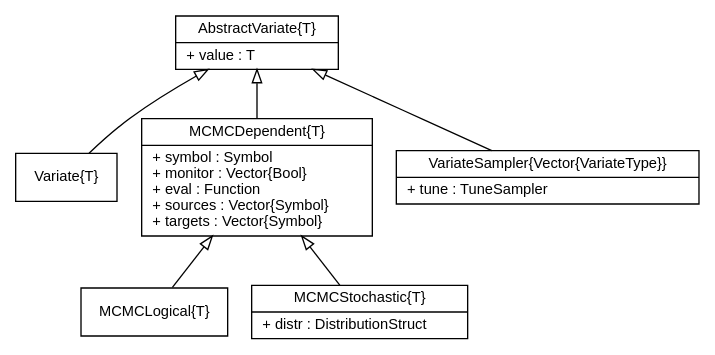
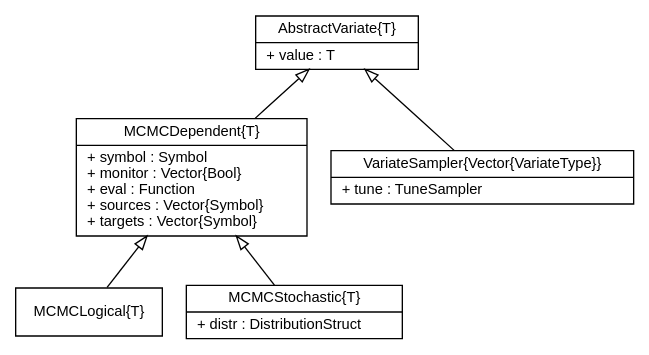
Before and after one commit to brian-j-smith/Mamba.jl: the diagram in doc/images/variateUML.dot, drawn with Graphviz. The commit also changed 3 other files, not shown here.

```diff
--- a/doc/images/variateUML.dot
+++ b/doc/images/variateUML.dot
@@ -1,27 +1,24 @@
 digraph Variate {
 	fontname = "Helvetica"
 	fontsize = 11
 
 	node [fontname = "Helvetica", fontsize = 11, shape = record]
 
 	edge [fontname = "Helvetica", fontsize = 11, dir = back, arrowtail = empty]
 
 	AbstractVariate [label = "{AbstractVariate\{T\}|+ value : T\l}"]
 
-	Variate [label = "{Variate\{T\}}"]
-
 	MCMCDependent [label = "{MCMCDependent\{T\}|+ symbol : Symbol\l+ monitor : Vector\{Bool\}\l+ eval : Function\l+ sources : Vector\{Symbol\}\l+ targets : Vector\{Symbol\}\l}"]
 	
 	MCMCLogical [label = "{MCMCLogical\{T\}}"]
 	
 	MCMCStochastic [label = "{MCMCStochastic\{T\}|+ distr : DistributionStruct\l}"]
 
 	VariateSampler [label = "{VariateSampler\{Vector\{VariateType\}\}|+ tune : TuneSampler\l}"]
 	
-	AbstractVariate -> Variate
 	AbstractVariate -> MCMCDependent
 	MCMCDependent -> MCMCLogical
 	MCMCDependent -> MCMCStochastic
 	AbstractVariate -> VariateSampler
 
 }
```
